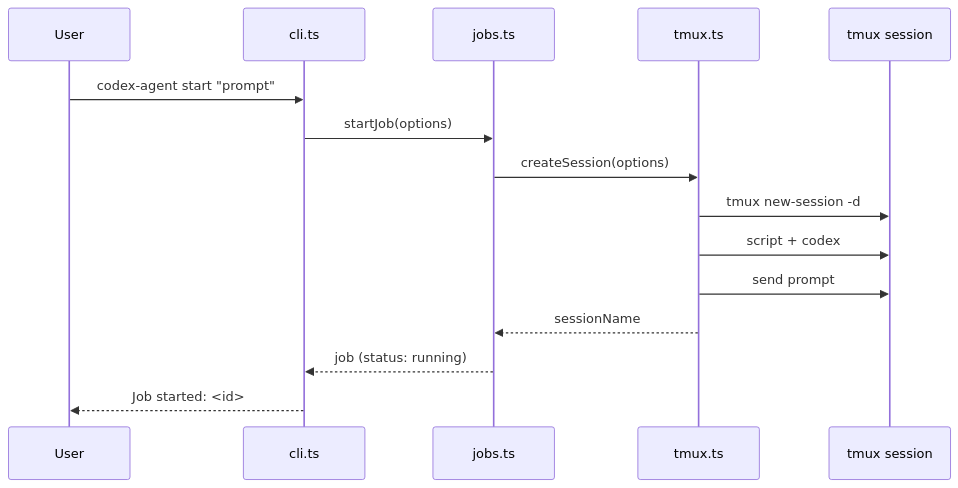
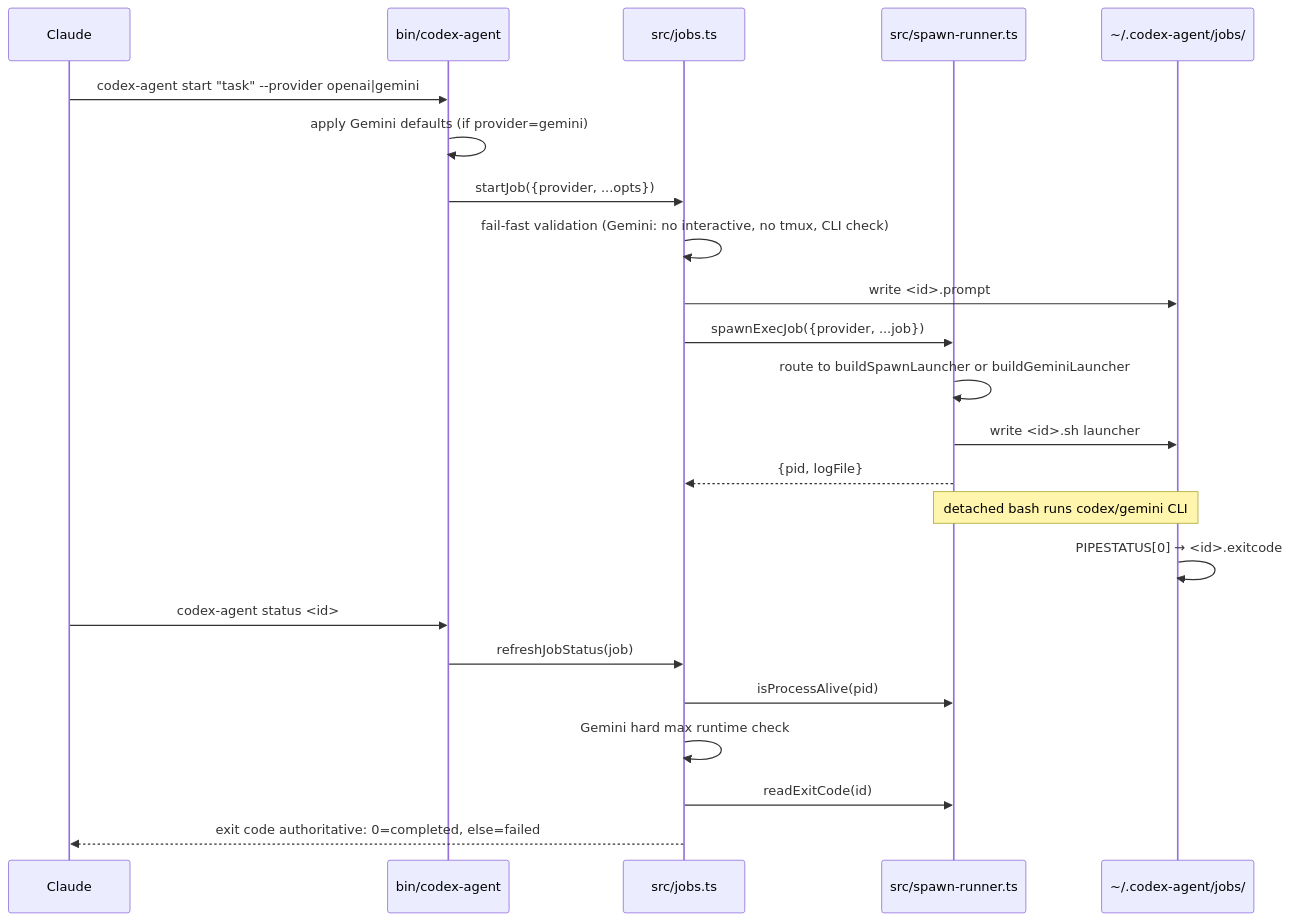
The second of 4 diagrams in docs/CODEBASE_MAP.md (yelban/codex-orchestrator), drawn with Mermaid before and after one commit. The commit also changed other lines of this file and 2 other files, not shown here.

Commit message:
Update codebase map for multi-provider support (52 files, 122k tokens)

````diff
--- a/docs/CODEBASE_MAP.md
+++ b/docs/CODEBASE_MAP.md
@@ -210,18 +450,27 @@
 ```mermaid
 sequenceDiagram
-    participant User
-    participant CLI as cli.ts
-    participant Jobs as jobs.ts
-    participant Tmux as tmux.ts
-    participant Session as tmux session
+    participant Claude
+    participant CLI as bin/codex-agent
+    participant Jobs as src/jobs.ts
+    participant Spawn as src/spawn-runner.ts
+    participant FS as ~/.codex-agent/jobs/
 
-    User->>CLI: codex-agent start "prompt"
-    CLI->>Jobs: startJob(options)
-    Jobs->>Tmux: createSession(options)
-    Tmux->>Session: tmux new-session -d
-    Tmux->>Session: script + codex
-    Tmux->>Session: send prompt
-    Tmux-->>Jobs: sessionName
-    Jobs-->>CLI: job (status: running)
-    CLI-->>User: Job started: <id>
+    Claude->>CLI: codex-agent start "task" --provider openai|gemini
+    CLI->>CLI: apply Gemini defaults (if provider=gemini)
+    CLI->>Jobs: startJob({provider, ...opts})
+    Jobs->>Jobs: fail-fast validation (Gemini: no interactive, no tmux, CLI check)
+    Jobs->>FS: write <id>.prompt
+    Jobs->>Spawn: spawnExecJob({provider, ...job})
+    Spawn->>Spawn: route to buildSpawnLauncher or buildGeminiLauncher
+    Spawn->>FS: write <id>.sh launcher
+    Spawn-->>Jobs: {pid, logFile}
+    Note over Spawn,FS: detached bash runs codex/gemini CLI
+    FS->>FS: PIPESTATUS[0] → <id>.exitcode
+
+    Claude->>CLI: codex-agent status <id>
+    CLI->>Jobs: refreshJobStatus(job)
+    Jobs->>Spawn: isProcessAlive(pid)
+    Jobs->>Jobs: Gemini hard max runtime check
+    Jobs->>Spawn: readExitCode(id)
+    Jobs-->>Claude: exit code authoritative: 0=completed, else=failed
 ```
````
